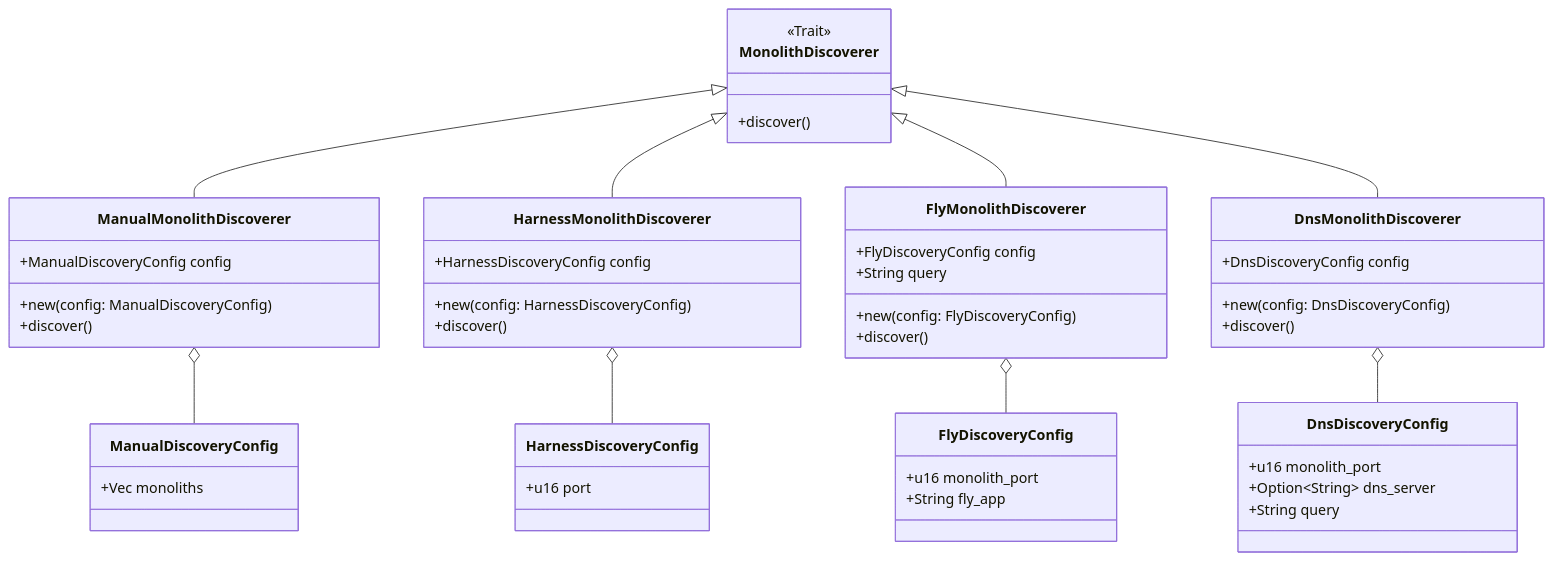
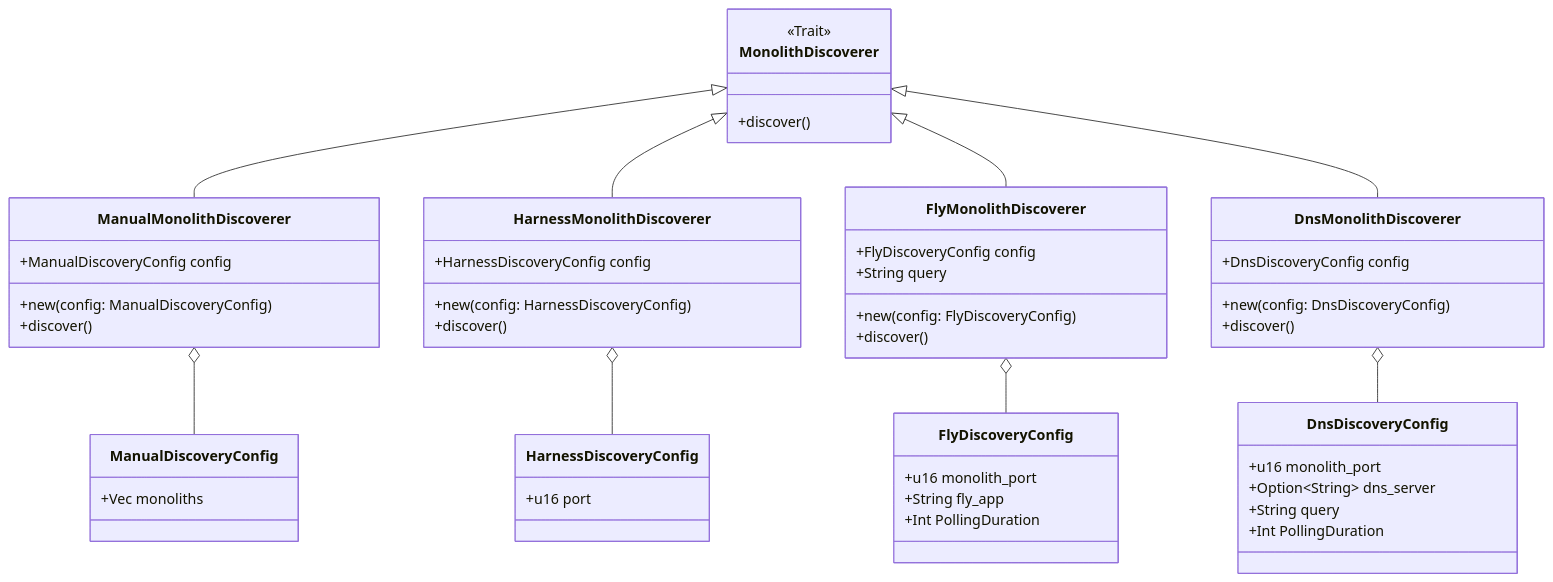
Before and after one commit to dyc3/senior-design: the diagram in figures/discovery/monolith-discoverers.mmd, drawn with Mermaid. The commit also changed 1 other file, not shown here.

Commit message:
updated figure 28 to account for issue #1295

```diff
--- a/figures/discovery/monolith-discoverers.mmd
+++ b/figures/discovery/monolith-discoverers.mmd
@@ -1,46 +1,48 @@
 classDiagram
     direction BT
     class MonolithDiscoverer {
         <<Trait>>
         +discover()
     }
     ManualMonolithDiscoverer --|> MonolithDiscoverer
     HarnessMonolithDiscoverer --|> MonolithDiscoverer
     FlyMonolithDiscoverer --|> MonolithDiscoverer
     DnsMonolithDiscoverer --|> MonolithDiscoverer
 
     DnsDiscoveryConfig --o DnsMonolithDiscoverer
     DnsDiscoveryConfig : +u16 monolith_port
     DnsDiscoveryConfig : +Option~String~ dns_server
     DnsDiscoveryConfig : +String query
+    DnsDiscoveryConfig : +Int PollingDuration
     class DnsMonolithDiscoverer{
         +DnsDiscoveryConfig config
         +new(config: DnsDiscoveryConfig)
         +discover()
     }
 
     FlyDiscoveryConfig --o FlyMonolithDiscoverer
     FlyDiscoveryConfig : +u16 monolith_port
     FlyDiscoveryConfig : +String fly_app
+    FlyDiscoveryConfig : +Int PollingDuration
     class FlyMonolithDiscoverer{
         +FlyDiscoveryConfig config
         +String query
         +new(config: FlyDiscoveryConfig)
         +discover()
     }
 
     ManualDiscoveryConfig --o ManualMonolithDiscoverer
     ManualDiscoveryConfig : +Vec monoliths
     class ManualMonolithDiscoverer{
         +ManualDiscoveryConfig config
         +new(config: ManualDiscoveryConfig)
         +discover()
     }
 
     HarnessDiscoveryConfig --o HarnessMonolithDiscoverer
     HarnessDiscoveryConfig : +u16 port
     class HarnessMonolithDiscoverer{
         +HarnessDiscoveryConfig config
         +new(config: HarnessDiscoveryConfig)
         +discover()
     }
```
